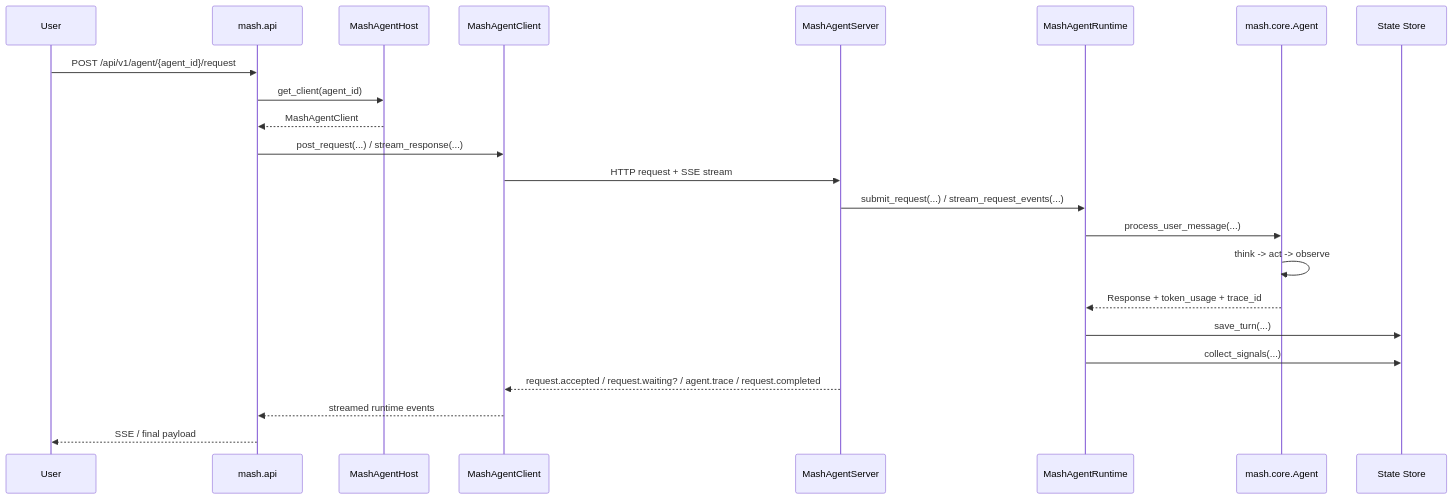
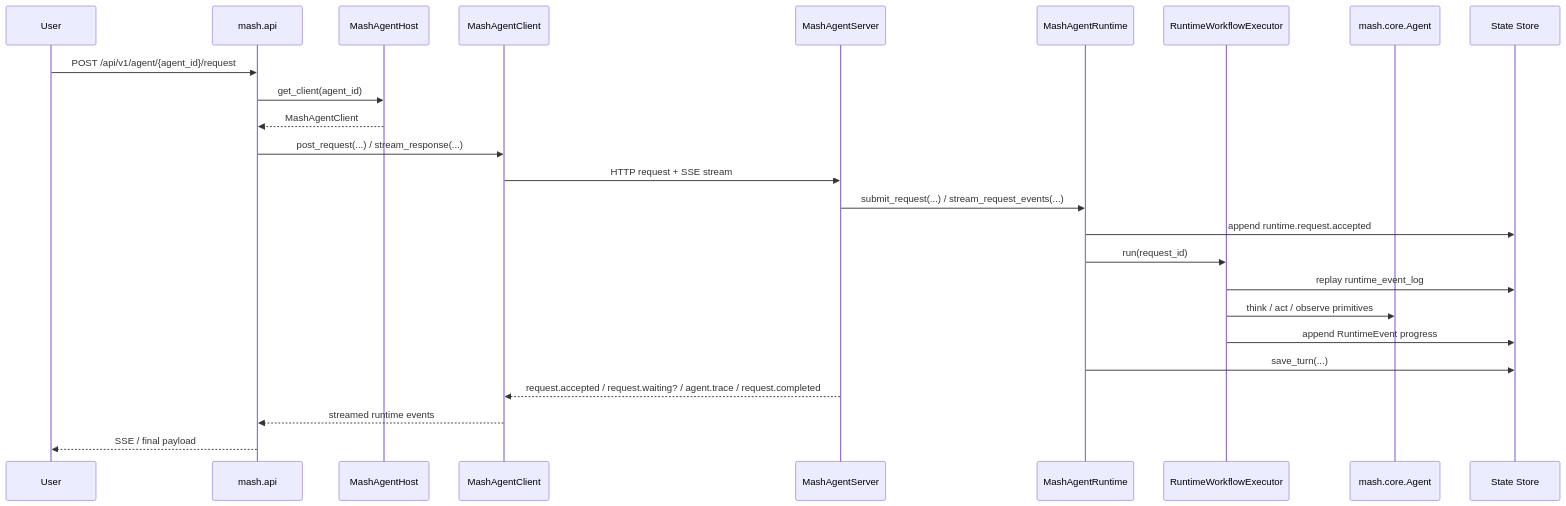
One commit to imsid/mashpy changed the second of 3 diagrams in README.md. Above: the diagram before and after it, drawn with Mermaid. The commit also changed other lines of this file and 22 other files, not shown here.

````diff
--- a/README.md
+++ b/README.md
@@ -115,27 +122,29 @@
 ```mermaid
 sequenceDiagram
     participant User
     participant API as mash.api
     participant Host as MashAgentHost
     participant Client as MashAgentClient
     participant Server as MashAgentServer
     participant Runtime as MashAgentRuntime
+    participant Workflow as RuntimeWorkflowExecutor
     participant Agent as mash.core.Agent
     participant Store as State Store
 
     User->>API: POST /api/v1/agent/{agent_id}/request
     API->>Host: get_client(agent_id)
     Host-->>API: MashAgentClient
     API->>Client: post_request(...) / stream_response(...)
     Client->>Server: HTTP request + SSE stream
     Server->>Runtime: submit_request(...) / stream_request_events(...)
-    Runtime->>Agent: process_user_message(...)
-    Agent->>Agent: think -> act -> observe
-    Agent-->>Runtime: Response + token_usage + trace_id
+    Runtime->>Store: append runtime.request.accepted
+    Runtime->>Workflow: run(request_id)
+    Workflow->>Store: replay runtime_event_log
+    Workflow->>Agent: think / act / observe primitives
+    Workflow->>Store: append RuntimeEvent progress
     Runtime->>Store: save_turn(...)
-    Runtime->>Store: collect_signals(...)
     Server-->>Client: request.accepted / request.waiting? / agent.trace / request.completed
     Client-->>API: streamed runtime events
     API-->>User: SSE / final payload
 
 ```
````
